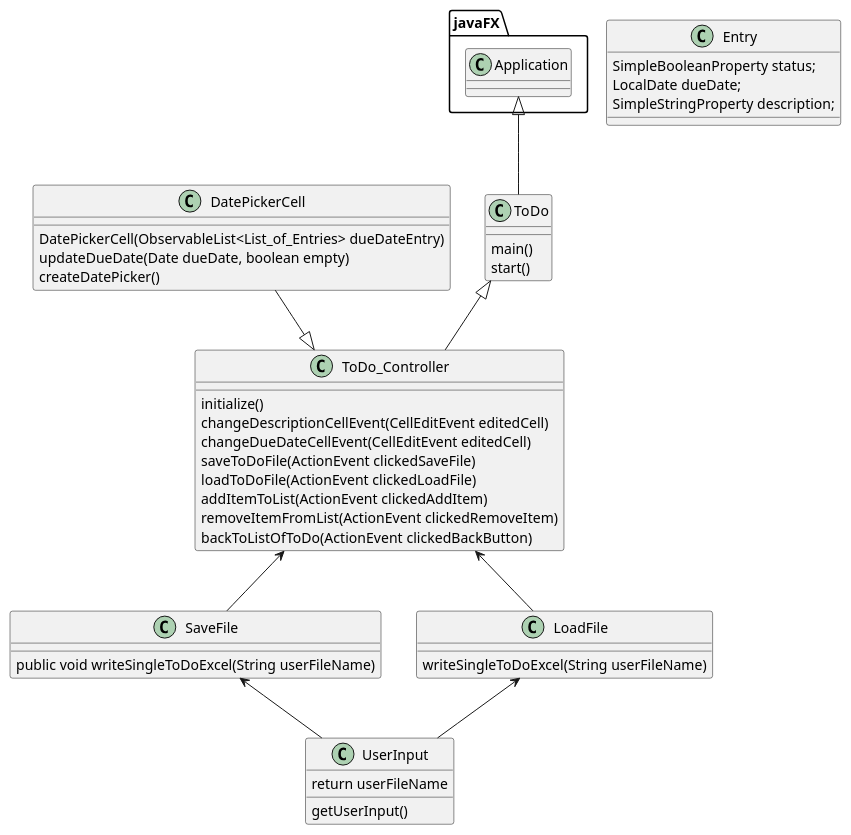
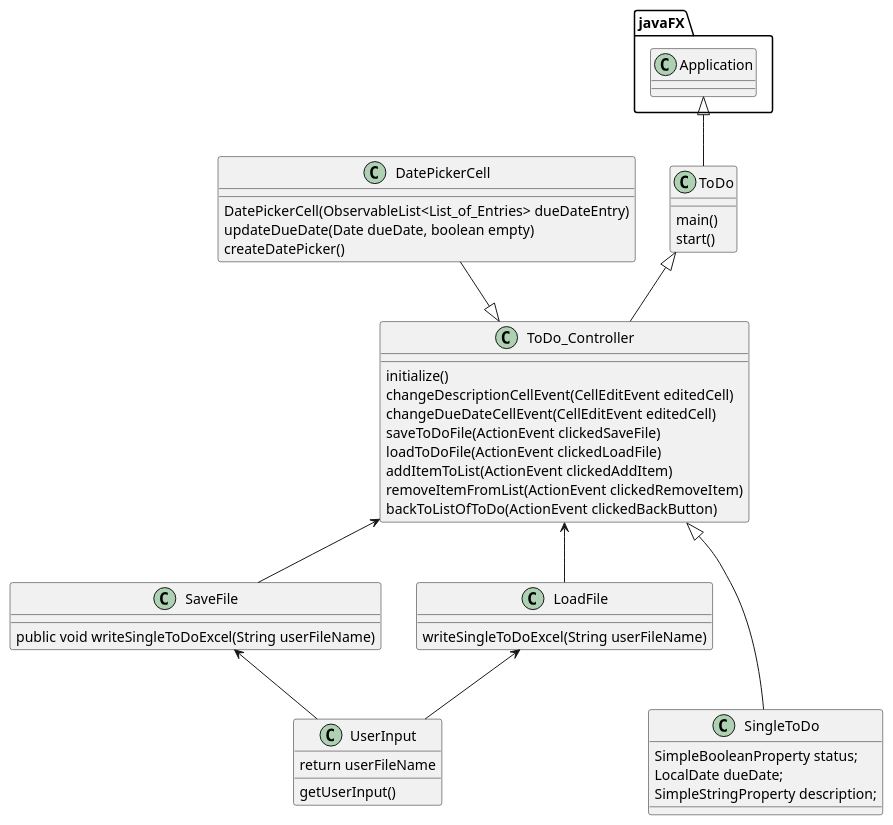
Before and after one commit to C-Gagne/gagne-cop3330-assignment4part2: the diagram in uml/toDo_UML.puml, drawn with PlantUML. The commit also changed 1 other file, not shown here.

```diff
--- a/uml/toDo_UML.puml
+++ b/uml/toDo_UML.puml
@@ -1,68 +1,68 @@
 @startuml
 'https://plantuml.com/class-diagram
 
 class ToDo {
     main()
     start()
 }
 
 class ToDo_Controller
 {
     initialize()
     changeDescriptionCellEvent(CellEditEvent editedCell)
     changeDueDateCellEvent(CellEditEvent editedCell)
     saveToDoFile(ActionEvent clickedSaveFile)
     loadToDoFile(ActionEvent clickedLoadFile)
     addItemToList(ActionEvent clickedAddItem)
     removeItemFromList(ActionEvent clickedRemoveItem)
     backToListOfToDo(ActionEvent clickedBackButton)
 
 }
 class UserInput
 {
     getUserInput()
         return userFileName
 }
 
 class SaveFile
 {
     public void writeSingleToDoExcel(String userFileName)
 }
 
 class LoadFile
 {
     writeSingleToDoExcel(String userFileName)
 }
 
-class Entry
+class SingleToDo
 {
         SimpleBooleanProperty status;
         LocalDate dueDate;
         SimpleStringProperty description;
 }
 
 class DatePickerCell
 {
     DatePickerCell(ObservableList<List_of_Entries> dueDateEntry)
     updateDueDate(Date dueDate, boolean empty)
     createDatePicker()
 }
 
 
 javaFX.Application <|-- ToDo
 
 ToDo <|-- ToDo_Controller
-
+ToDo_Controller <|--- SingleToDo
 
 SaveFile <-- UserInput
 LoadFile <-- UserInput
 
 
 ToDo_Controller <-- SaveFile
 ToDo_Controller <-- LoadFile
 
 DatePickerCell --|> ToDo_Controller
 
 
 
 @enduml
```
